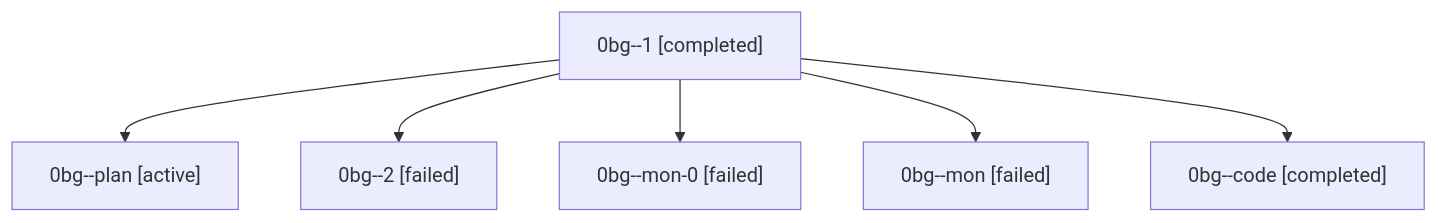
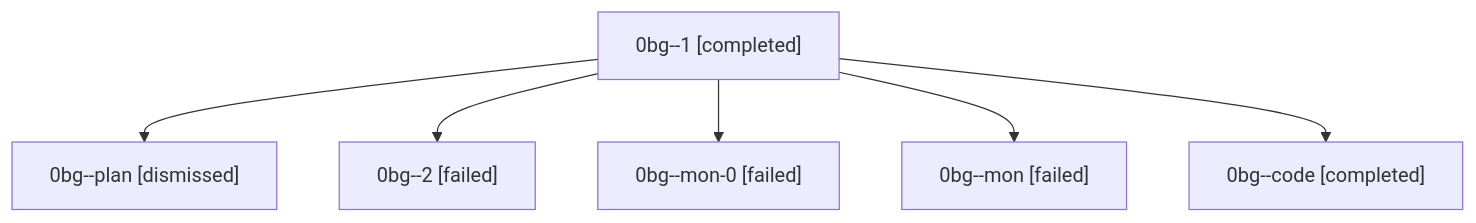
Before and after one commit to sase-org/sase--agents: the diagram in sessions/bbugyi200.athena.0bg.md, drawn with Mermaid. The commit also changed other lines of this file and 24 other files, not shown here.

````diff
--- a/sessions/bbugyi200.athena.0bg.md
+++ b/sessions/bbugyi200.athena.0bg.md
@@ -9,14 +9,14 @@
 ```mermaid
 flowchart TD
   n0["0bg--1 [completed]"]
-  n1["0bg--plan [active]"]
+  n1["0bg--plan [dismissed]"]
   n0 --> n1
   n2["0bg--2 [failed]"]
   n0 --> n2
   n3["0bg--mon-0 [failed]"]
   n0 --> n3
   n4["0bg--mon [failed]"]
   n0 --> n4
   n5["0bg--code [completed]"]
   n0 --> n5
 ```
````
